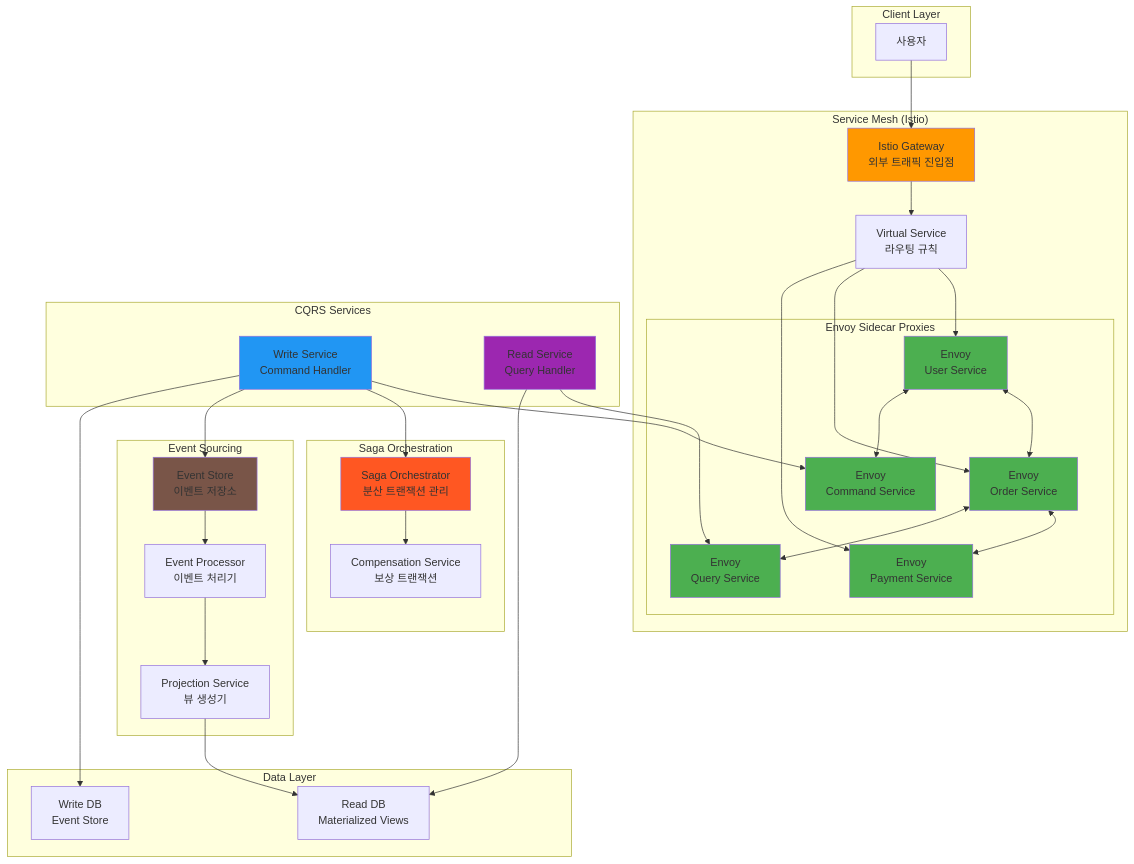
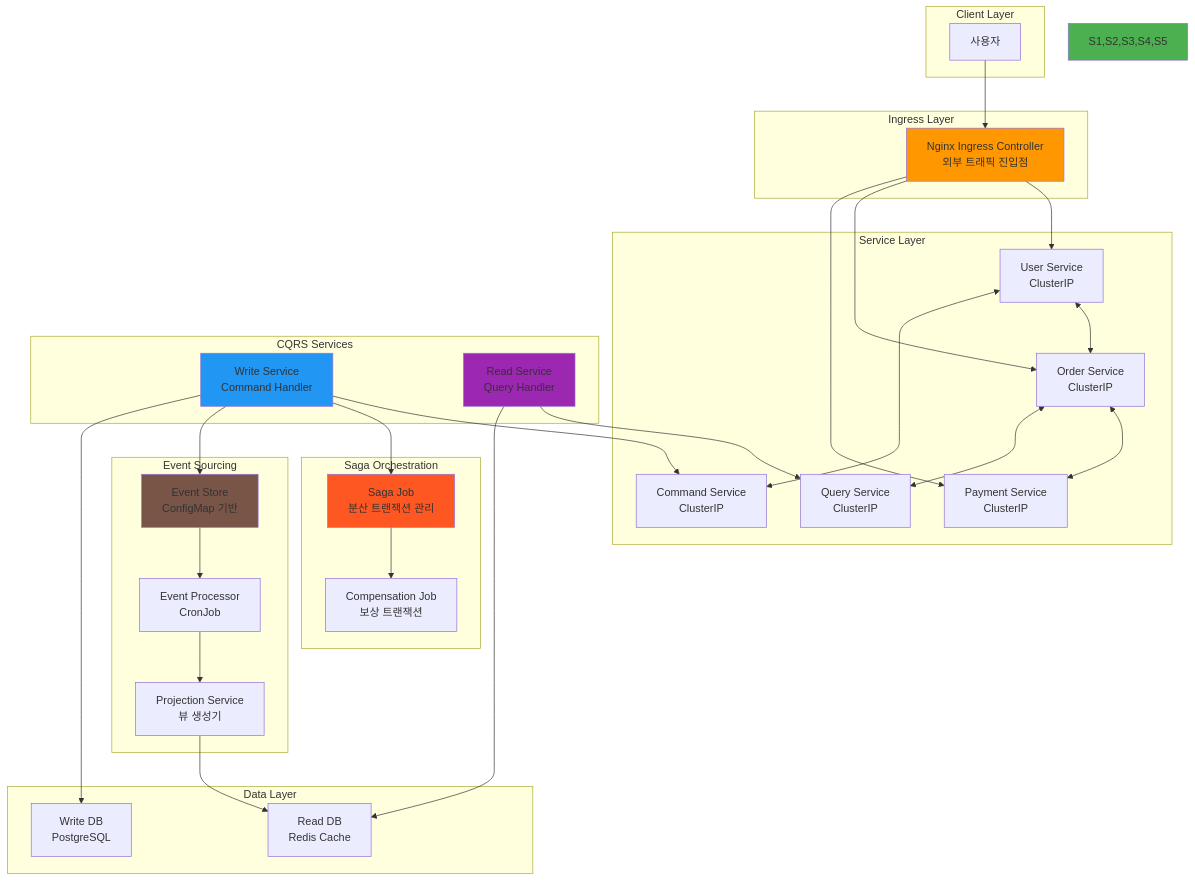
The first of 2 diagrams in theory/week_04/day1/handson_1.md (niceguy61/kdt_devops_lecture_2025), drawn with Mermaid before and after one commit. The commit also changed other lines of this file and 2 other files, not shown here.

````diff
--- a/theory/week_04/day1/handson_1.md
+++ b/theory/week_04/day1/handson_1.md
@@ -44,73 +44,67 @@
 ```mermaid
 graph TB
     subgraph "Client Layer"
         U[사용자]
     end
     
-    subgraph "Service Mesh (Istio)"
-        IG[Istio Gateway<br/>외부 트래픽 진입점]
-        VS[Virtual Service<br/>라우팅 규칙]
-        
-        subgraph "Envoy Sidecar Proxies"
-            E1[Envoy<br/>User Service]
-            E2[Envoy<br/>Order Service]
-            E3[Envoy<br/>Payment Service]
-            E4[Envoy<br/>Command Service]
-            E5[Envoy<br/>Query Service]
-        end
+    subgraph "Ingress Layer"
+        ING[Nginx Ingress Controller<br/>외부 트래픽 진입점]
+    end
+    
+    subgraph "Service Layer"
+        S1[User Service<br/>ClusterIP]
+        S2[Order Service<br/>ClusterIP]
+        S3[Payment Service<br/>ClusterIP]
+        S4[Command Service<br/>ClusterIP]
+        S5[Query Service<br/>ClusterIP]
     end
     
     subgraph "CQRS Services"
-        WS[Write Service<br/>Command Handler] --> E4
-        RS[Read Service<br/>Query Handler] --> E5
+        WS[Write Service<br/>Command Handler] --> S4
+        RS[Read Service<br/>Query Handler] --> S5
     end
     
     subgraph "Saga Orchestration"
-        SF[Saga Orchestrator<br/>분산 트랜잭션 관리]
-        CS[Compensation Service<br/>보상 트랜잭션]
+        SF[Saga Job<br/>분산 트랜잭션 관리]
+        CS[Compensation Job<br/>보상 트랜잭션]
     end
     
     subgraph "Event Sourcing"
-        ES[Event Store<br/>이벤트 저장소]
-        EP[Event Processor<br/>이벤트 처리기]
+        ES[Event Store<br/>ConfigMap 기반]
+        EP[Event Processor<br/>CronJob]
         PR[Projection Service<br/>뷰 생성기]
     end
     
     subgraph "Data Layer"
-        WDB[Write DB<br/>Event Store]
-        RDB[Read DB<br/>Materialized Views]
+        WDB[Write DB<br/>PostgreSQL]
+        RDB[Read DB<br/>Redis Cache]
     end
     
-    U --> IG
-    IG --> VS
-    VS --> E1
-    VS --> E2
-    VS --> E3
+    U --> ING
+    ING --> S1
+    ING --> S2
+    ING --> S3
     
-    E1 <--> E2
-    E2 <--> E3
-    E1 <--> E4
-    E2 <--> E5
+    S1 <--> S2
+    S2 <--> S3
+    S1 <--> S4
+    S2 <--> S5
     
     WS --> SF
     SF --> CS
     
     WS --> ES
     ES --> EP
     EP --> PR
     PR --> RDB
     
     WS --> WDB
     RS --> RDB
     
-    style IG fill:#ff9800
-    style E1 fill:#4caf50
-    style E2 fill:#4caf50
-    style E3 fill:#4caf50
-    style E4 fill:#4caf50
-    style E5 fill:#4caf50
+    style ING fill:#ff9800
+    style S1,S2,S3,S4,S5 fill:#4caf50
     style WS fill:#2196f3
     style RS fill:#9c27b0
     style SF fill:#ff5722
     style ES fill:#795548
 ```
````
